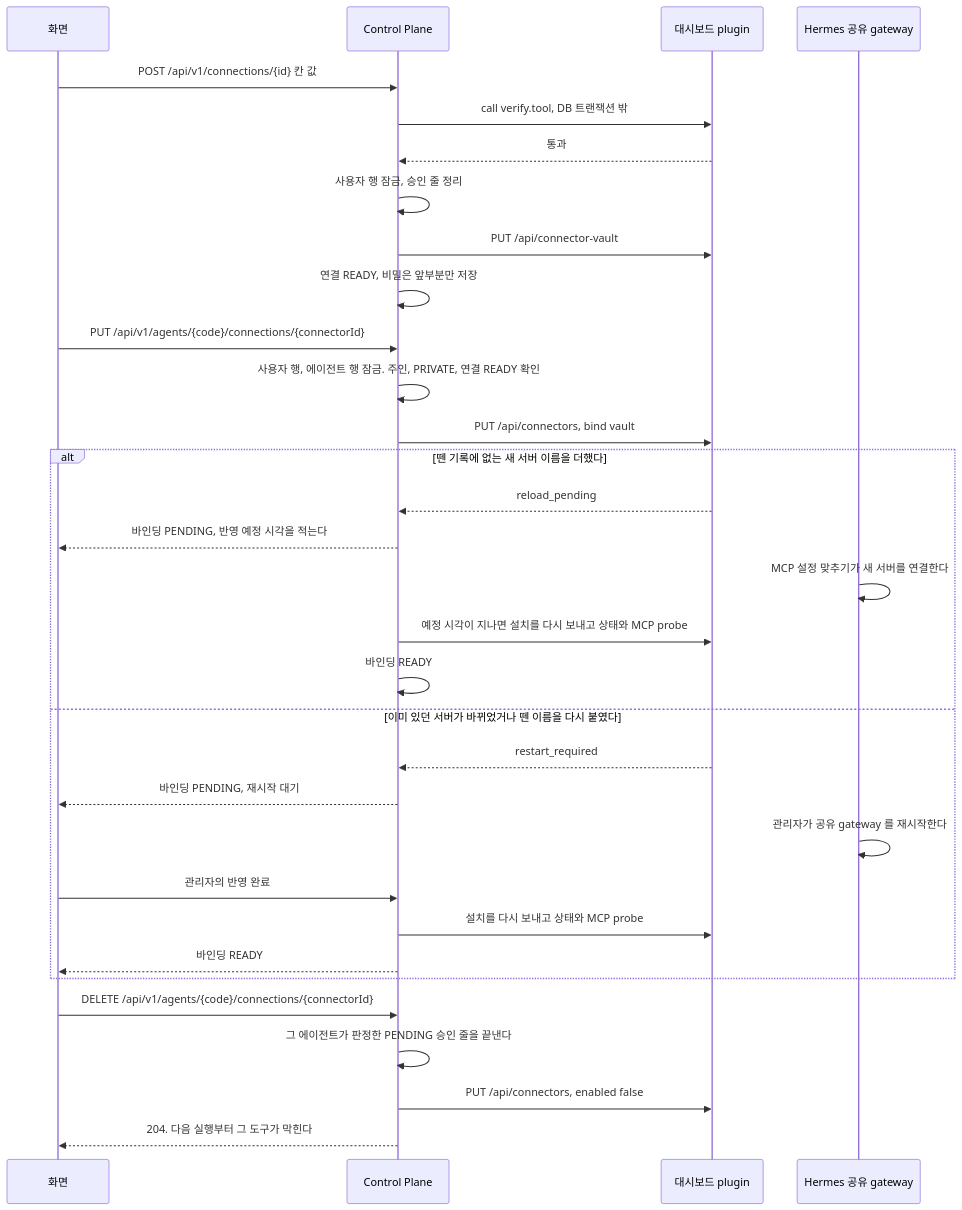
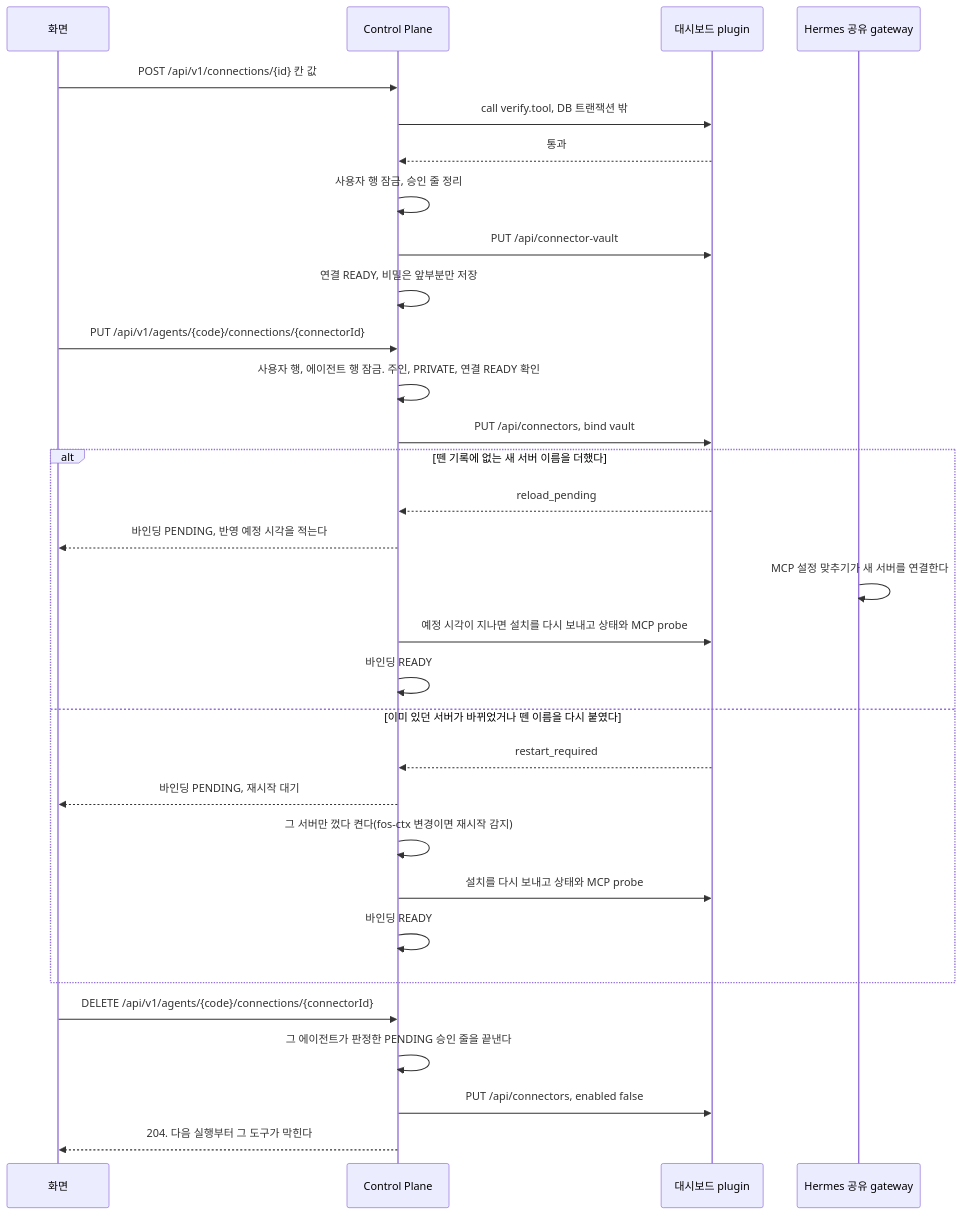
The diagram in docs/features/connector.md (jon890/fos-assistant), drawn with Mermaid before and after one commit. The commit also changed other lines of this file and 2 other files, not shown here.

````diff
--- a/docs/features/connector.md
+++ b/docs/features/connector.md
@@ -158,37 +159,36 @@
 ```mermaid
 sequenceDiagram
     participant W as 화면
     participant C as Control Plane
     participant D as 대시보드 plugin
     participant G as Hermes 공유 gateway
 
     W->>C: POST /api/v1/connections/{id} 칸 값
     C->>D: call verify.tool, DB 트랜잭션 밖
     D-->>C: 통과
     C->>C: 사용자 행 잠금, 승인 줄 정리
     C->>D: PUT /api/connector-vault
     C->>C: 연결 READY, 비밀은 앞부분만 저장
 
     W->>C: PUT /api/v1/agents/{code}/connections/{connectorId}
     C->>C: 사용자 행, 에이전트 행 잠금. 주인, PRIVATE, 연결 READY 확인
     C->>D: PUT /api/connectors, bind vault
     alt 뗀 기록에 없는 새 서버 이름을 더했다
         D-->>C: reload_pending
         C-->>W: 바인딩 PENDING, 반영 예정 시각을 적는다
         G->>G: MCP 설정 맞추기가 새 서버를 연결한다
         C->>D: 예정 시각이 지나면 설치를 다시 보내고 상태와 MCP probe
         C->>C: 바인딩 READY
     else 이미 있던 서버가 바뀌었거나 뗀 이름을 다시 붙였다
         D-->>C: restart_required
         C-->>W: 바인딩 PENDING, 재시작 대기
-        G->>G: 관리자가 공유 gateway 를 재시작한다
-        W->>C: 관리자의 반영 완료
+        C->>C: 그 서버만 껐다 켠다(fos-ctx 변경이면 재시작 감지)
         C->>D: 설치를 다시 보내고 상태와 MCP probe
-        C-->>W: 바인딩 READY
+        C->>C: 바인딩 READY
     end
 
     W->>C: DELETE /api/v1/agents/{code}/connections/{connectorId}
     C->>C: 그 에이전트가 판정한 PENDING 승인 줄을 끝낸다
     C->>D: PUT /api/connectors, enabled false
     C-->>W: 204. 다음 실행부터 그 도구가 막힌다
 ```
````
